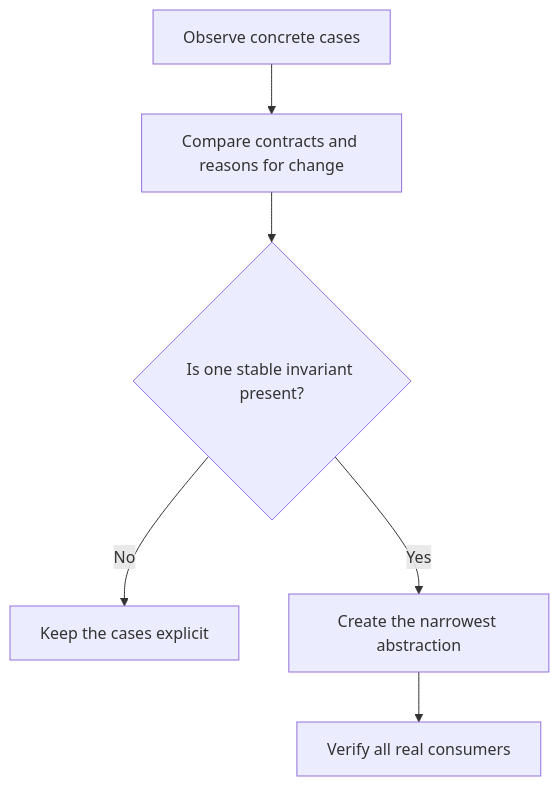
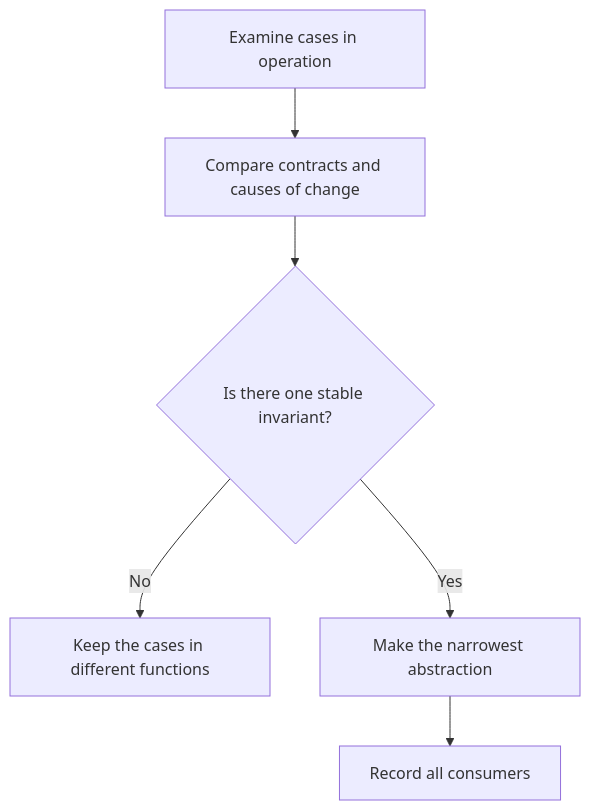
One commit to HomericIntelligence/Athena changed the diagram in docs/principles/details/p013-avoid-hasty-abstractions.md. Above: the diagram before and after it, drawn with Mermaid. The commit also changed other lines of this file and 91 other files, not shown here.

````diff
--- a/docs/principles/details/p013-avoid-hasty-abstractions.md
+++ b/docs/principles/details/p013-avoid-hasty-abstractions.md
@@ -33,8 +33,8 @@
 ```mermaid
 flowchart TD
-    A["Observe concrete cases"] --> B["Compare contracts and reasons for change"]
-    B --> C{"Is one stable invariant present?"}
-    C -->|No| D["Keep the cases explicit"]
-    C -->|Yes| E["Create the narrowest abstraction"]
-    E --> F["Verify all real consumers"]
+    A["Examine cases in operation"] --> B["Compare contracts and causes of change"]
+    B --> C{"Is there one stable invariant?"}
+    C -->|No| D["Keep the cases in different functions"]
+    C -->|Yes| E["Make the narrowest abstraction"]
+    E --> F["Record all consumers"]
 ```
````
